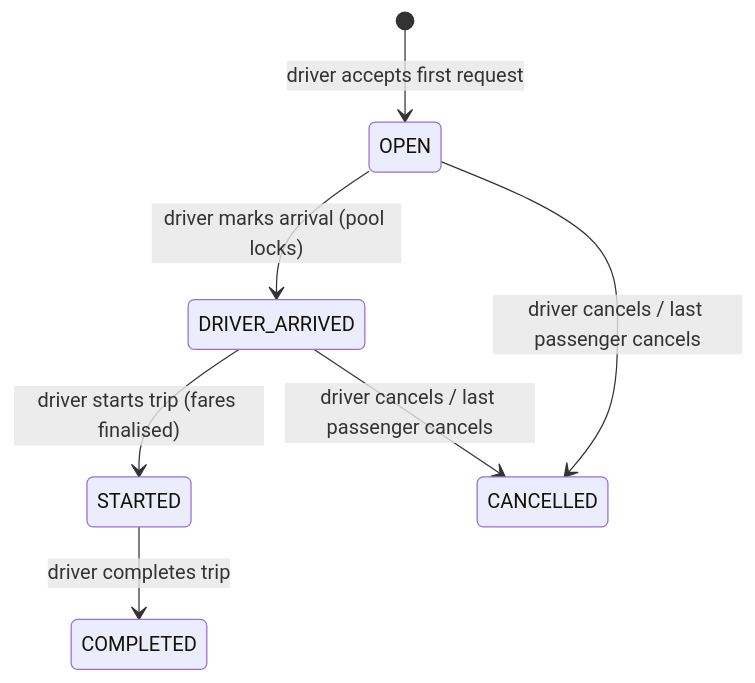
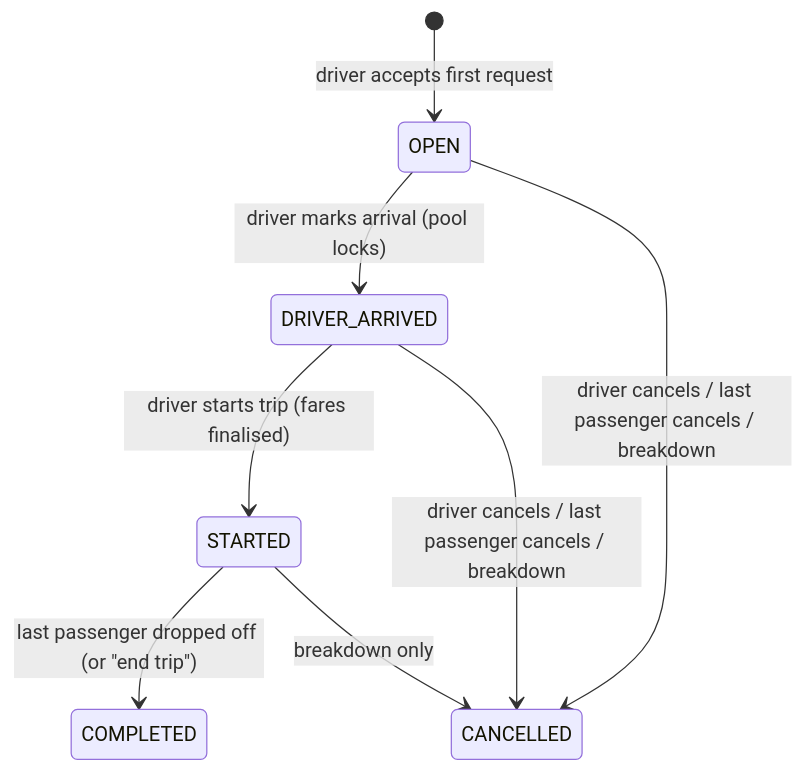
The first of 4 diagrams in docs/DESIGN.md (nabilanewaz/Lesgoo), drawn with Mermaid before and after one commit. The commit also changed other lines of this file, not shown here.

Commit message:
docs(design): document mid-trip events, early-drop fares and breakdown policy

````diff
--- a/docs/DESIGN.md
+++ b/docs/DESIGN.md
@@ -127,9 +131,10 @@
 ```mermaid
 stateDiagram-v2
     [*] --> OPEN: driver accepts first request
     OPEN --> DRIVER_ARRIVED: driver marks arrival (pool locks)
     DRIVER_ARRIVED --> STARTED: driver starts trip (fares finalised)
-    STARTED --> COMPLETED: driver completes trip
-    OPEN --> CANCELLED: driver cancels / last passenger cancels
-    DRIVER_ARRIVED --> CANCELLED: driver cancels / last passenger cancels
+    STARTED --> COMPLETED: last passenger dropped off (or "end trip")
+    OPEN --> CANCELLED: driver cancels / last passenger cancels / breakdown
+    DRIVER_ARRIVED --> CANCELLED: driver cancels / last passenger cancels / breakdown
+    STARTED --> CANCELLED: breakdown only
 ```
````
